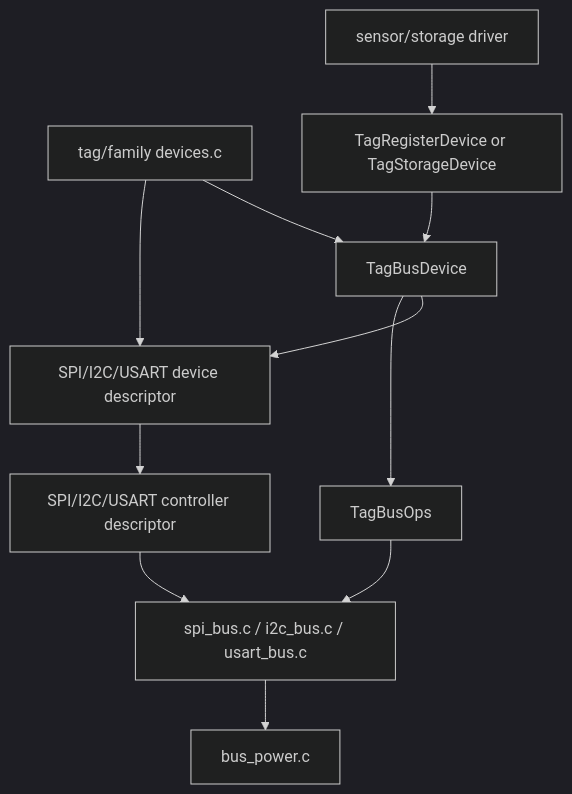
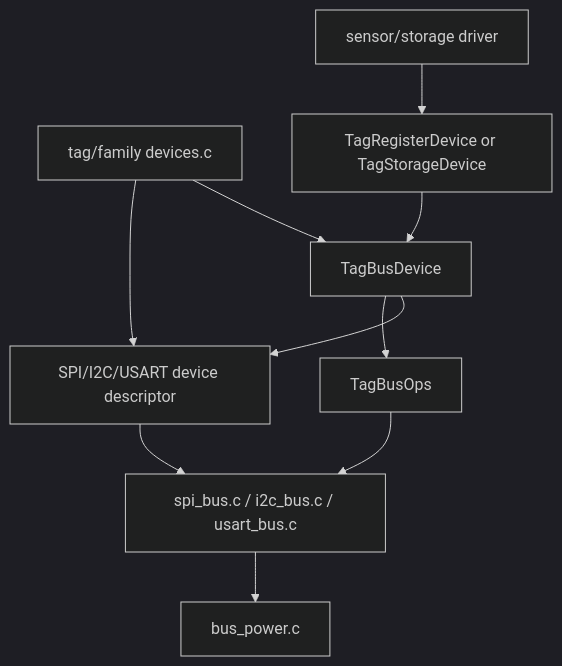
The first of 2 diagrams in embedded/tags/common/core/README.md (tag-designs/software), drawn with Mermaid (dark theme) before and after one commit. The commit also changed other lines of this file and 12 other files, not shown here.

````diff
--- a/embedded/tags/common/core/README.md
+++ b/embedded/tags/common/core/README.md
@@ -56,18 +56,17 @@
 ```mermaid
 flowchart TD
   DeviceFile["tag/family devices.c"]
   Driver["sensor/storage driver"]
 
   DeviceFile --> TypedDevice["SPI/I2C/USART device descriptor"]
   DeviceFile --> BusDevice["TagBusDevice"]
   BusDevice --> BusOps["TagBusOps"]
   BusDevice --> TypedDevice
 
   Driver --> RegisterDevice["TagRegisterDevice or TagStorageDevice"]
   RegisterDevice --> BusDevice
 
-  TypedDevice --> Controller["SPI/I2C/USART controller descriptor"]
   BusOps --> BusModule["spi_bus.c / i2c_bus.c / usart_bus.c"]
-  Controller --> BusModule
+  TypedDevice --> BusModule
   BusModule --> BusPower["bus_power.c"]
 ```
````
